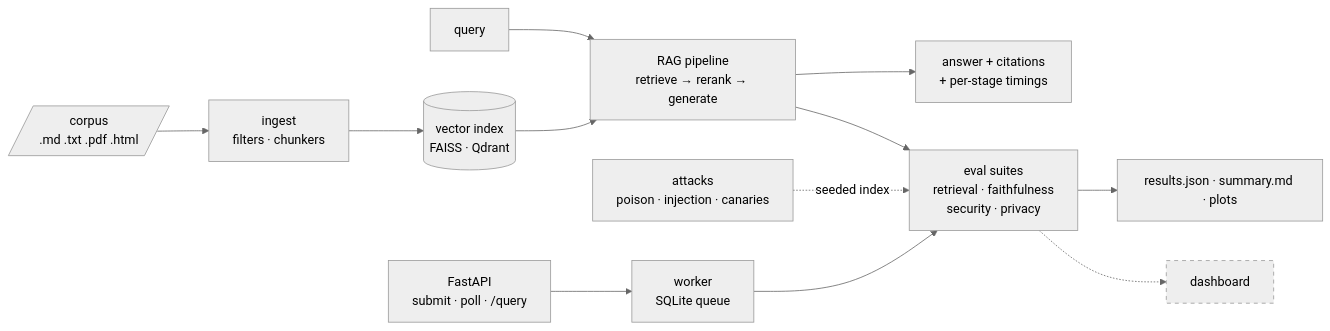
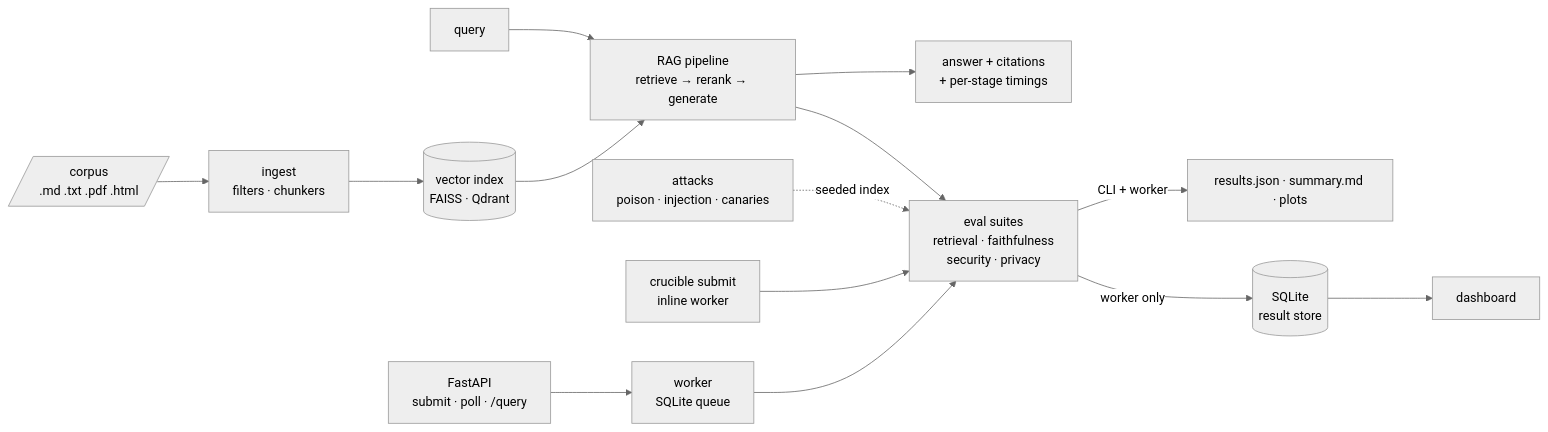
The diagram in README.md (bobhaotian/RAG-Crucible---Security-Reliability-Evaluation-Platform-for-RAG), drawn with Mermaid (neutral theme) before and after one commit. The commit also changed other lines of this file and 19 other files, not shown here.

Commit message:
chore: crucible submit command can update crucible.db and results folder. It completes an entire workflow

````diff
--- a/README.md
+++ b/README.md
@@ -9,14 +9,14 @@
 ```mermaid
 flowchart LR
     A[/corpus<br/>.md .txt .pdf .html/] --> B[ingest<br/>filters · chunkers]
     B --> C[(vector index<br/>FAISS · Qdrant)]
     Q[query] --> P[RAG pipeline<br/>retrieve → rerank → generate]
     C --> P
     P --> R[answer + citations<br/>+ per-stage timings]
     P --> E[eval suites<br/>retrieval · faithfulness<br/>security · privacy]
     K[attacks<br/>poison · injection · canaries] -.->|seeded index| E
-    E --> F[results.json · summary.md · plots]
+    E -->|CLI + worker| F[results.json · summary.md · plots]
+    A3[crucible submit<br/>inline worker] --> E
     A2[FastAPI<br/>submit · poll · /query] --> W[worker<br/>SQLite queue] --> E
-    E -.-> D[dashboard]
-    style D stroke-dasharray: 5 5
+    E -->|worker only| S[(SQLite<br/>result store)] --> D[dashboard]
 ```
````
